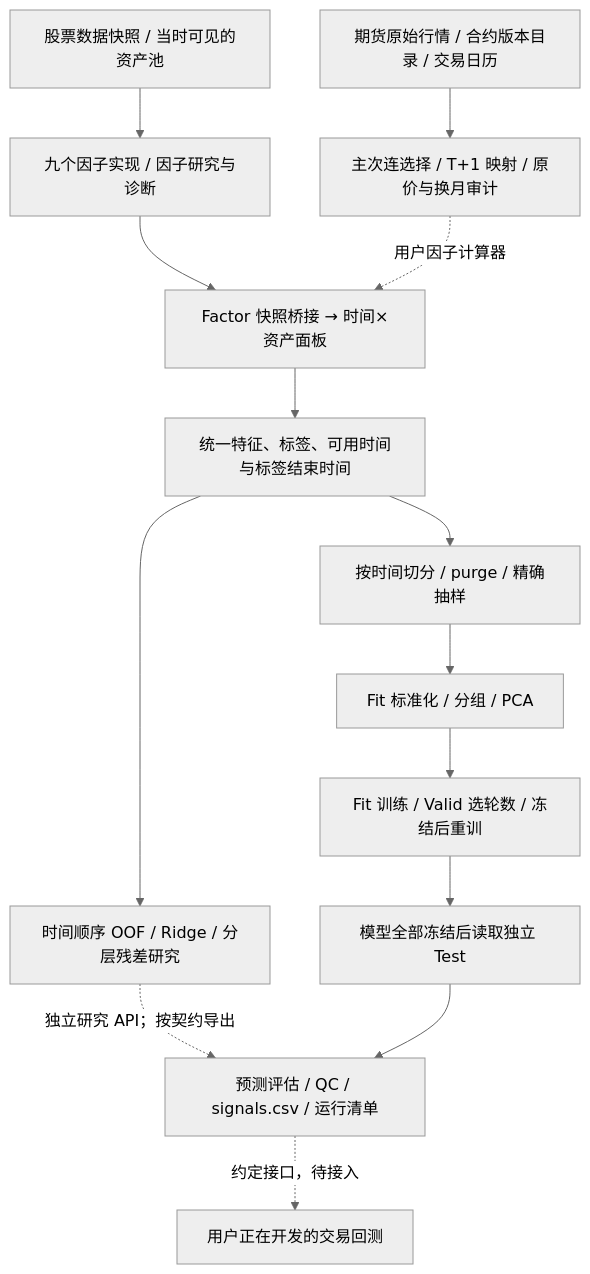
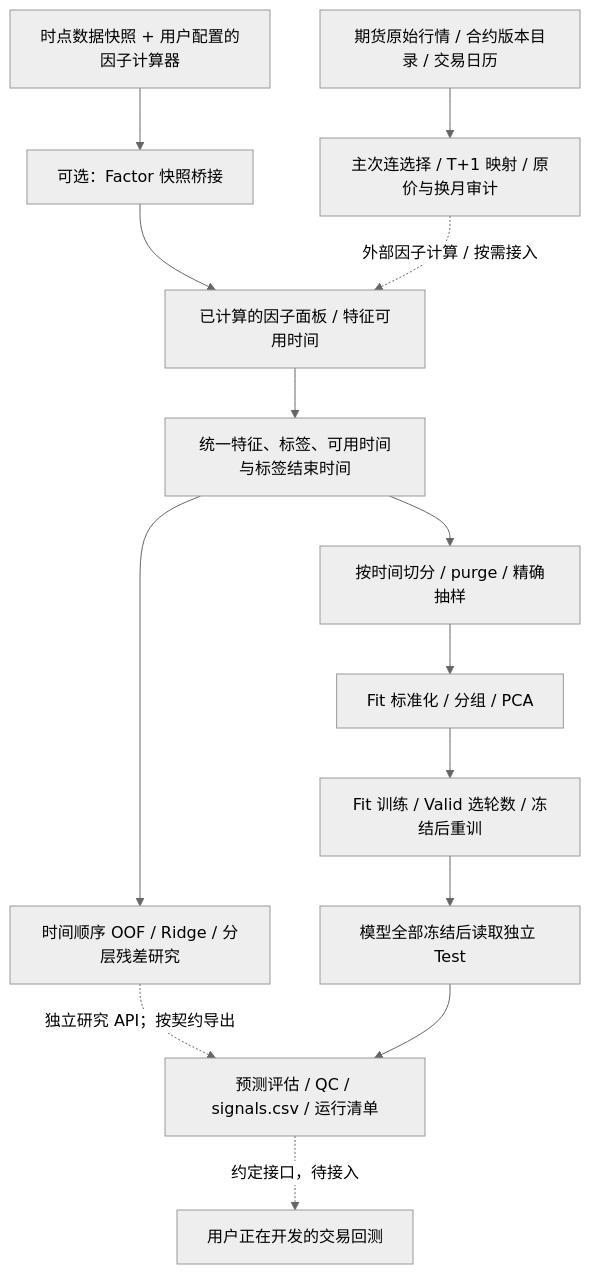
The diagram in README.md (meijiahao003-prog/Quant-Display), drawn with Mermaid (neutral theme) before and after one commit. The commit also changed other lines of this file and 4 other files, not shown here.

````diff
--- a/README.md
+++ b/README.md
@@ -11,16 +13,16 @@
 ```mermaid
 flowchart TD
-    A["股票数据快照 / 当时可见的资产池"] --> B["九个因子实现 / 因子研究与诊断"]
-    B --> C["Factor 快照桥接 → 时间×资产面板"]
+    A["时点数据快照 + 用户配置的因子计算器"] --> B["可选：Factor 快照桥接"]
+    B --> C["已计算的因子面板 / 特征可用时间"]
     D["期货原始行情 / 合约版本目录 / 交易日历"] --> E["主次连选择 / T+1 映射 / 原价与换月审计"]
-    E -. "用户因子计算器" .-> C
+    E -. "外部因子计算 / 按需接入" .-> C
     C --> F["统一特征、标签、可用时间与标签结束时间"]
     F --> G["按时间切分 / purge / 精确抽样"]
     G --> H["Fit 标准化 / 分组 / PCA"]
     H --> I["Fit 训练 / Valid 选轮数 / 冻结后重训"]
     F --> J["时间顺序 OOF / Ridge / 分层残差研究"]
     I --> K["模型全部冻结后读取独立 Test"]
     J -. "独立研究 API；按契约导出" .-> L
     K --> L["预测评估 / QC / signals.csv / 运行清单"]
     L -. "约定接口，待接入" .-> M["用户正在开发的交易回测"]
 ```
````
